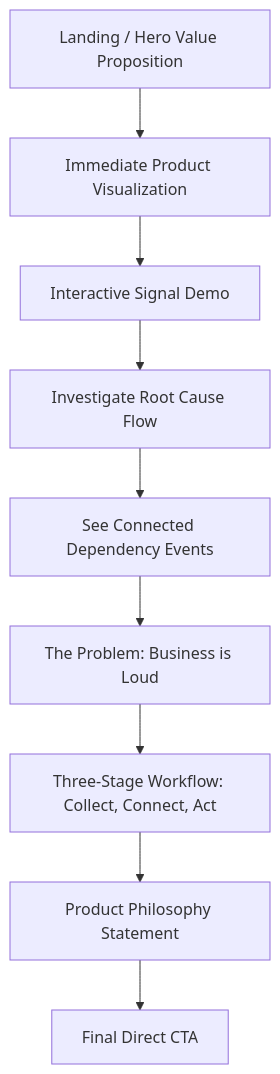
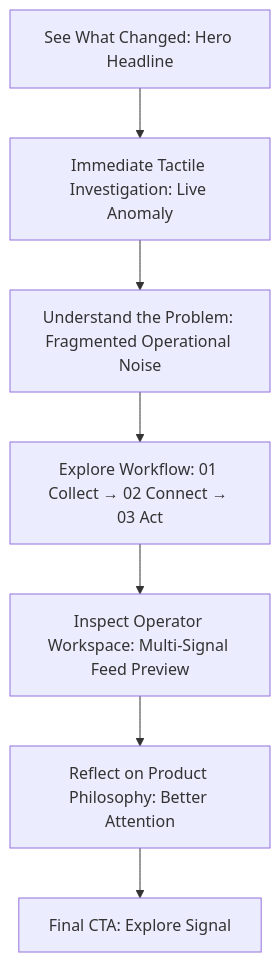
Before and after one commit to Yuvraj264/Signal-Acdyon-company-: the first of 7 diagrams in DECISIONS.md, drawn with Mermaid. The commit also changed other lines of this file and 4 other files, not shown here.

````diff
--- a/DECISIONS.md
+++ b/DECISIONS.md
@@ -70,11 +48,9 @@
 ```mermaid
 flowchart TD
-    A[Landing / Hero Value Proposition] --> B[Immediate Product Visualization]
-    B --> C[Interactive Signal Demo]
-    C --> D[Investigate Root Cause Flow]
-    D --> E[See Connected Dependency Events]
-    E --> F[The Problem: Business is Loud]
-    F --> G[Three-Stage Workflow: Collect, Connect, Act]
-    G --> H[Product Philosophy Statement]
-    H --> I[Final Direct CTA]
+    A[See What Changed: Hero Headline] --> B[Immediate Tactile Investigation: Live Anomaly]
+    B --> C[Understand the Problem: Fragmented Operational Noise]
+    C --> D[Explore Workflow: 01 Collect → 02 Connect → 03 Act]
+    D --> E[Inspect Operator Workspace: Multi-Signal Feed Preview]
+    E --> F[Reflect on Product Philosophy: Better Attention]
+    F --> G[Final CTA: Explore Signal]
 ```
````
